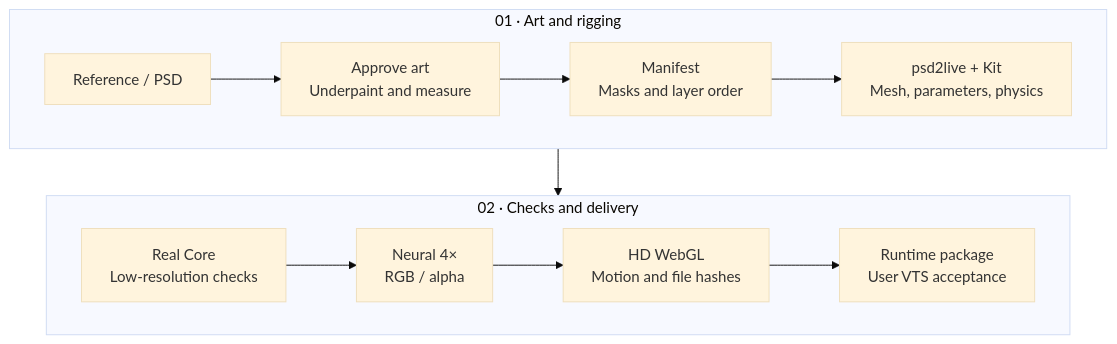
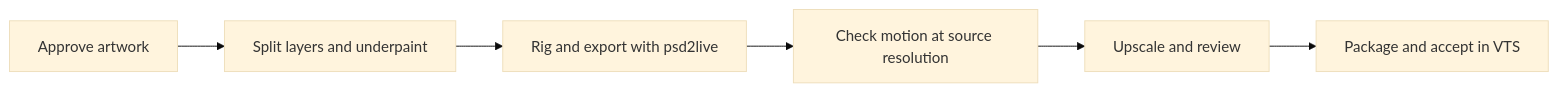
One commit to Ariakage/live2d-agent-kit changed the diagram in README.en.md. Above: the diagram before and after it, drawn with Mermaid (base theme). The commit also changed other lines of this file and 15 other files, not shown here.

First line of the commit message:
docs: refresh READMEs and document psd2live authoring updates

````diff
--- a/README.en.md
+++ b/README.en.md
@@ -74,16 +80,8 @@
 ```mermaid
-flowchart TB
-    subgraph ART["01 · Art and rigging"]
-        direction LR
-        A["Reference / PSD"] --> B["Approve art<br/>Underpaint and measure"]
-        B --> C["Manifest<br/>Masks and layer order"]
-        C --> D["psd2live + Kit<br/>Mesh, parameters, physics"]
-    end
-    subgraph DELIVERY["02 · Checks and delivery"]
-        direction LR
-        E["Real Core<br/>Low-resolution checks"] --> F["Neural 4×<br/>RGB / alpha"]
-        F --> G["HD WebGL<br/>Motion and file hashes"]
-        G --> H["Runtime package<br/>User VTS acceptance"]
-    end
-    ART --> DELIVERY
+flowchart LR
+    A["Approve artwork"] --> B["Split layers and underpaint"]
+    B --> C["Rig and export with psd2live"]
+    C --> D["Check motion at source resolution"]
+    D --> E["Upscale and review"]
+    E --> F["Package and accept in VTS"]
 ```
````
